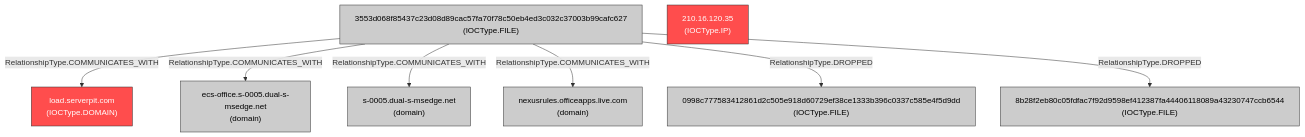
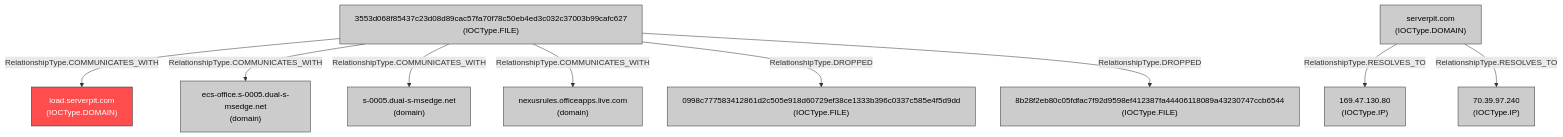
The diagram in reports/final_intelligence_report.md (repulsivityy/ai_threathunter), drawn with Mermaid before and after one commit. The commit also changed other lines of this file and 8 other files, not shown here.

````diff
--- a/reports/final_intelligence_report.md
+++ b/reports/final_intelligence_report.md
@@ -52,23 +63,27 @@
 ```mermaid
 graph TD;
     %% Node Styling
     classDef malicious fill:#ff4d4d,color:white,stroke:#333;
     classDef suspicious fill:#ffad33,color:white,stroke:#333;
     classDef clean fill:#4dff4d,color:black,stroke:#333;
     classDef unknown fill:#cccccc,color:black,stroke:#333;
     3553d068f85437c23d08d89cac57fa["3553d068f85437c23d08d89cac57fa70f78c50eb4ed3c032c37003b99cafc627\n(IOCType.FILE)"]:::unknown;
     load_serverpit_com["load.serverpit.com\n(IOCType.DOMAIN)"]:::malicious;
     ecs_office_s_0005_dual_s_msedg["ecs-office.s-0005.dual-s-msedge.net\n(domain)"]:::unknown;
     s_0005_dual_s_msedge_net["s-0005.dual-s-msedge.net\n(domain)"]:::unknown;
     nexusrules_officeapps_live_com["nexusrules.officeapps.live.com\n(domain)"]:::unknown;
     0998c777583412861d2c505e918d60["0998c777583412861d2c505e918d60729ef38ce1333b396c0337c585e4f5d9dd\n(IOCType.FILE)"]:::unknown;
     8b28f2eb80c05fdfac7f92d9598ef4["8b28f2eb80c05fdfac7f92d9598ef412387fa44406118089a43230747ccb6544\n(IOCType.FILE)"]:::unknown;
-    210_16_120_35["210.16.120.35\n(IOCType.IP)"]:::malicious;
+    serverpit_com["serverpit.com\n(IOCType.DOMAIN)"]:::unknown;
+    169_47_130_80["169.47.130.80\n(IOCType.IP)"]:::unknown;
+    70_39_97_240["70.39.97.240\n(IOCType.IP)"]:::unknown;
     3553d068f85437c23d08d89cac57fa-->|RelationshipType.COMMUNICATES_WITH|load_serverpit_com;
     3553d068f85437c23d08d89cac57fa-->|RelationshipType.COMMUNICATES_WITH|ecs_office_s_0005_dual_s_msedg;
     3553d068f85437c23d08d89cac57fa-->|RelationshipType.COMMUNICATES_WITH|s_0005_dual_s_msedge_net;
     3553d068f85437c23d08d89cac57fa-->|RelationshipType.COMMUNICATES_WITH|nexusrules_officeapps_live_com;
     3553d068f85437c23d08d89cac57fa-->|RelationshipType.DROPPED|0998c777583412861d2c505e918d60;
     3553d068f85437c23d08d89cac57fa-->|RelationshipType.DROPPED|8b28f2eb80c05fdfac7f92d9598ef4;
+    serverpit_com-->|RelationshipType.RESOLVES_TO|169_47_130_80;
+    serverpit_com-->|RelationshipType.RESOLVES_TO|70_39_97_240;
 
 ```
````
